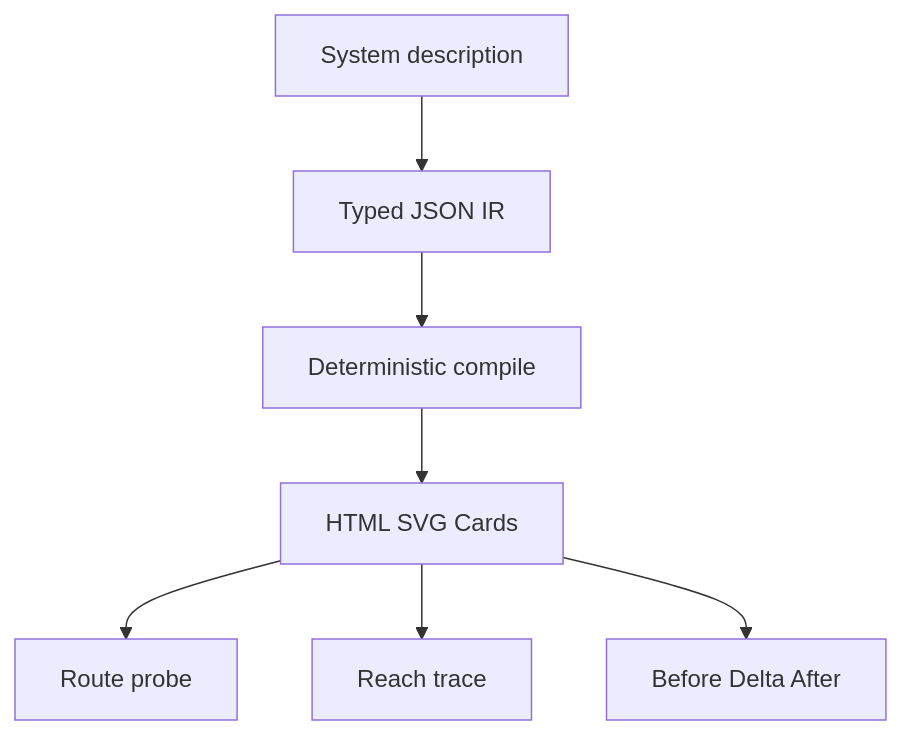
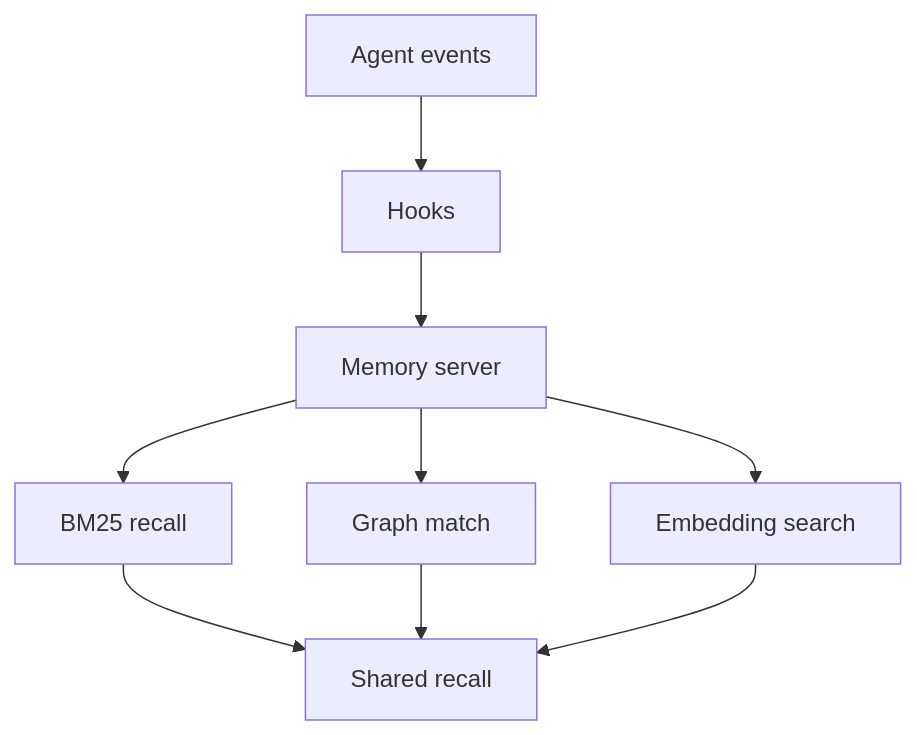
Diagram 12 of 18 in digests/2026-09-02.md (Solvement/jarvis-digest), drawn with Mermaid before and after one commit. The commit also changed other lines of this file and 4 other files, not shown here.

````diff
--- a/digests/2026-09-02.md
+++ b/digests/2026-09-02.md
@@ -370,9 +341,11 @@
 ```mermaid
 graph TD
-A[System description] --> B[Typed JSON IR]
-B --> C[Deterministic compile]
-C --> D[HTML SVG Cards]
-D --> E[Route probe]
-D --> F[Reach trace]
-D --> G[Before Delta After]
+A[Agent events] --> B[Hooks]
+B --> C[Memory server]
+C --> D[BM25 recall]
+C --> E[Graph match]
+C --> F[Embedding search]
+D --> G[Shared recall]
+E --> G
+F --> G
 ```
````
